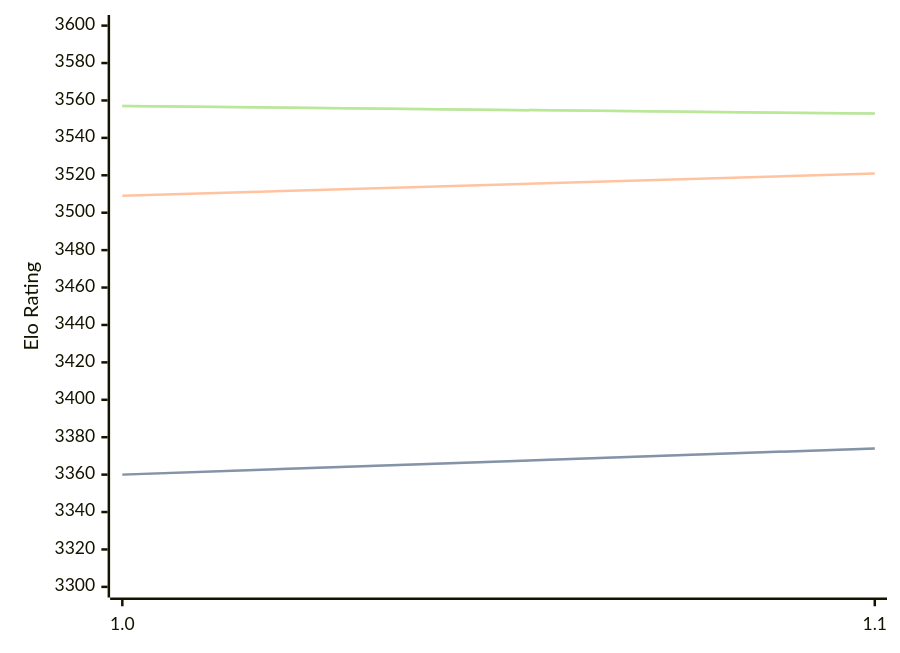
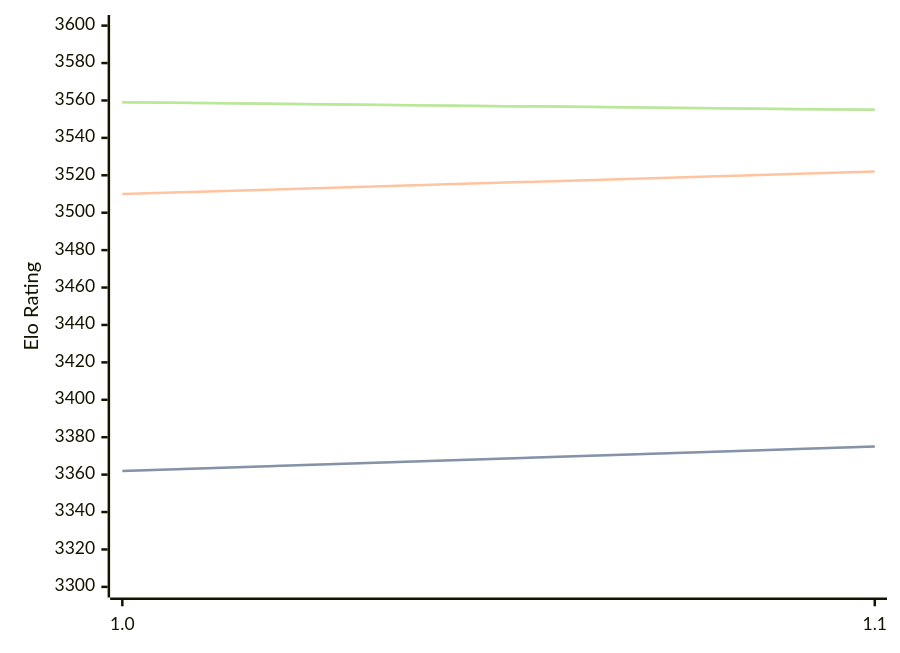
The diagram in engines/Horsie.md (computer-chess-index/cci), drawn with Mermaid before and after one commit. The commit also changed other lines of this file, not shown here.

Commit message:
Update CCI Ratings (ELO VLTC) - 2026-04-07

````diff
--- a/engines/Horsie.md
+++ b/engines/Horsie.md
@@ -32,11 +32,11 @@
 ```mermaid
 %%{init: {"theme":"base","themeVariables":{"seriesColors:['#a3a3a3','#222221','#faa371']}}}%%
 xychart-beta
   x-axis ["1.0", "1.1"]
   y-axis "Elo Rating" 3300 --> 3600
-  line "STC (8.0+0.08s)" [3360, 3374]
-  line "STC (8.0+0.08s)" [3360, 3374]
-  line "LTC (60.0+0.60s)" [3509, 3521]
-  line "VLTC (2m24s+1.12s)" [3557, 3553]
-  line "VLTC (2m24s+1.12s)" [3557, 3553]
+  line "STC (8.0+0.08s)" [3362, 3375]
+  line "STC (8.0+0.08s)" [3362, 3375]
+  line "LTC (60.0+0.60s)" [3510, 3522]
+  line "VLTC (2m24s+1.12s)" [3559, 3555]
+  line "VLTC (2m24s+1.12s)" [3559, 3555]
 ```
````
